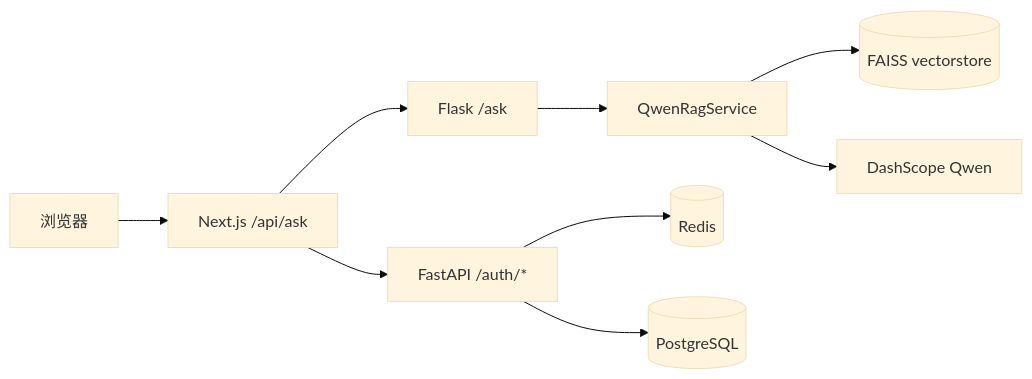
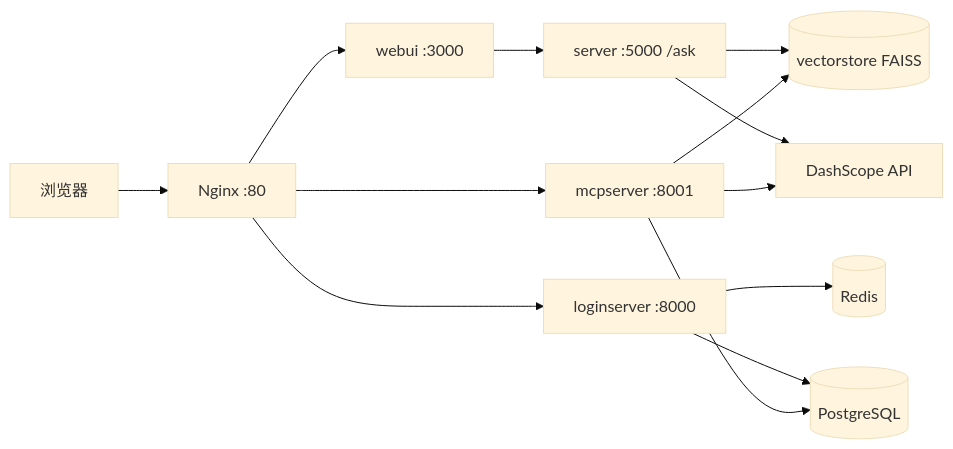
The diagram in README.md (vip001/LLM), drawn with Mermaid (base theme) before and after one commit. The commit also changed other lines of this file and 36 other files, not shown here.

````diff
--- a/README.md
+++ b/README.md
@@ -61,11 +21,15 @@
 ```mermaid
 flowchart LR
-  Browser[浏览器] --> Next[Next.js /api/ask]
-  Next --> Flask[Flask /ask]
-  Next --> Auth[FastAPI /auth/*]
-  Flask --> RAG[QwenRagService]
-  RAG --> FAISS[(FAISS vectorstore)]
-  RAG --> DS[DashScope Qwen]
-  Auth --> Redis[(Redis)]
-  Auth --> Postgres[(PostgreSQL)]
+  Browser[浏览器] --> Nginx[Nginx :80]
+  Nginx --> WebUI[webui :3000]
+  Nginx --> Login[loginserver :8000]
+  Nginx --> MCP[mcpserver :8001]
+  WebUI --> Server[server :5000 /ask]
+  Login --> Redis[(Redis)]
+  Login --> PG[(PostgreSQL)]
+  MCP --> PG
+  Server --> VS[(vectorstore FAISS)]
+  MCP --> VS
+  Server --> DashScope[DashScope API]
+  MCP --> DashScope
 ```
````
